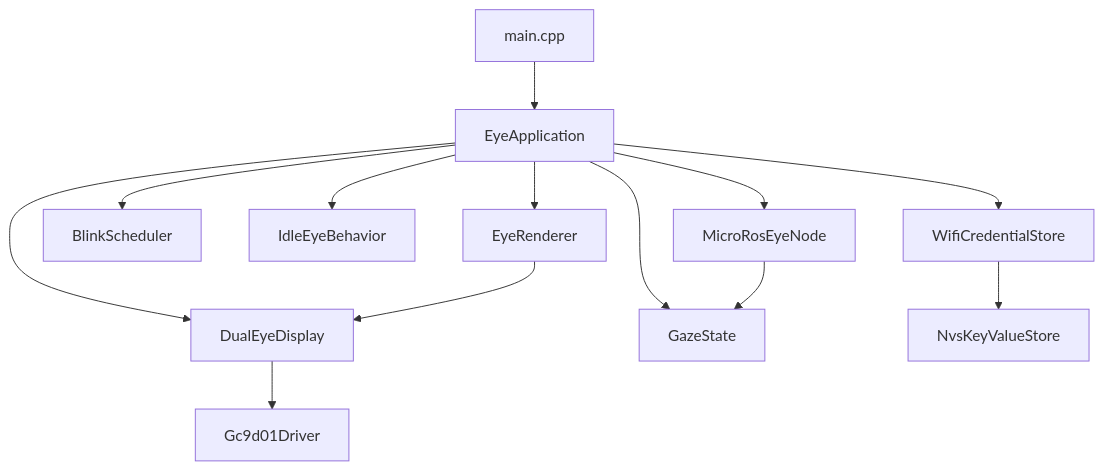
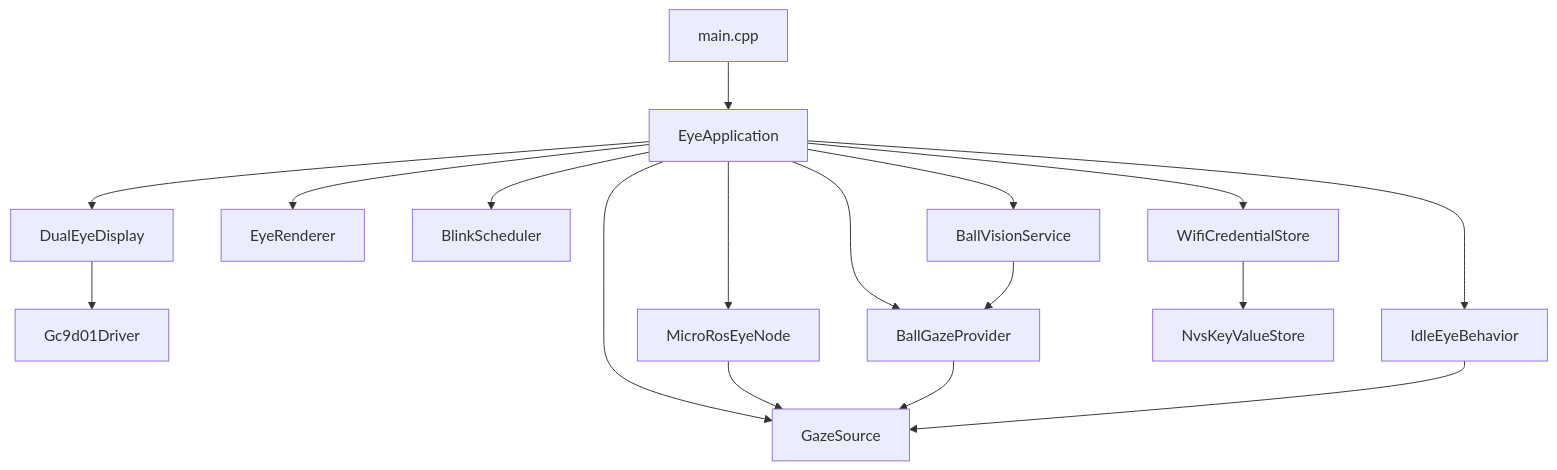
The second of 3 diagrams in docs/ARCHITECTURE.md (Nutz95/ROSEyes), drawn with Mermaid before and after one commit. The commit also changed other lines of this file and 6 other files, not shown here.

First line of the commit message:
Document ball tracking, ROS topics, and debug cockpit flow.

````diff
--- a/docs/ARCHITECTURE.md
+++ b/docs/ARCHITECTURE.md
@@ -32,27 +38,33 @@
 ```mermaid
 flowchart TB
   main[main.cpp]
   app[EyeApplication]
   display[DualEyeDisplay]
   driver[Gc9d01Driver]
   renderer[EyeRenderer]
-  gaze[GazeState]
+  gazeSrc[GazeSource]
   blink[BlinkScheduler]
   idle[IdleEyeBehavior]
   rosNode[MicroRosEyeNode]
+  ballProv[BallGazeProvider]
+  vision[BallVisionService]
   store[WifiCredentialStore]
   nvs[NvsKeyValueStore]
 
   main --> app
   app --> display
   display --> driver
   app --> renderer
-  renderer --> display
-  app --> gaze
+  app --> gazeSrc
   app --> blink
   app --> idle
   app --> rosNode
+  app --> ballProv
+  app --> vision
   app --> store
   store --> nvs
-  rosNode --> gaze
+  rosNode --> gazeSrc
+  ballProv --> gazeSrc
+  idle --> gazeSrc
+  vision --> ballProv
 ```
````
